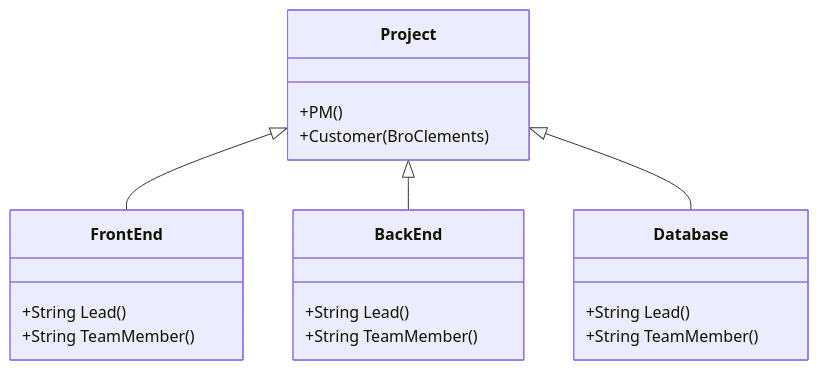
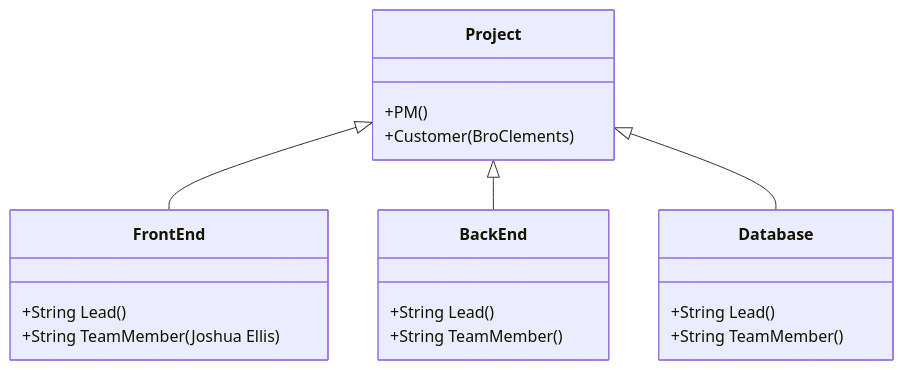
One commit to anrj2/2024SprCSE397PCP changed the second of 2 diagrams in project/org/OrganizationChart.md. Above: the diagram before and after it, drawn with Mermaid.

````diff
--- a/project/org/OrganizationChart.md
+++ b/project/org/OrganizationChart.md
@@ -26,22 +26,22 @@
 ```mermaid
 classDiagram
       Project <|-- FrontEnd
       Project <|-- BackEnd
       Project <|-- Database
       Project : +PM()
       Project : +Customer(BroClements)
       class FrontEnd{
           +String Lead()
-          +String TeamMember()
+          +String TeamMember(Joshua Ellis)
 
       }
       class BackEnd{
           +String Lead()
           +String TeamMember()
 
       }
       class Database{
           +String Lead()
           +String TeamMember()
       }
 ```
````
